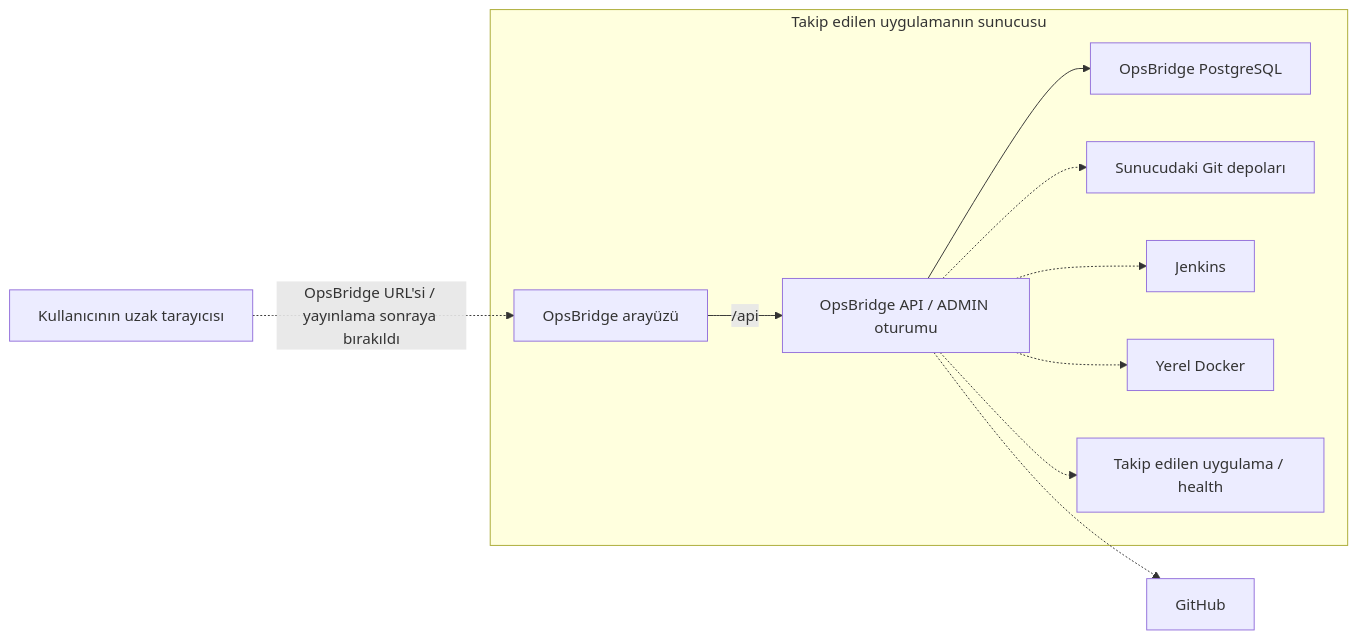
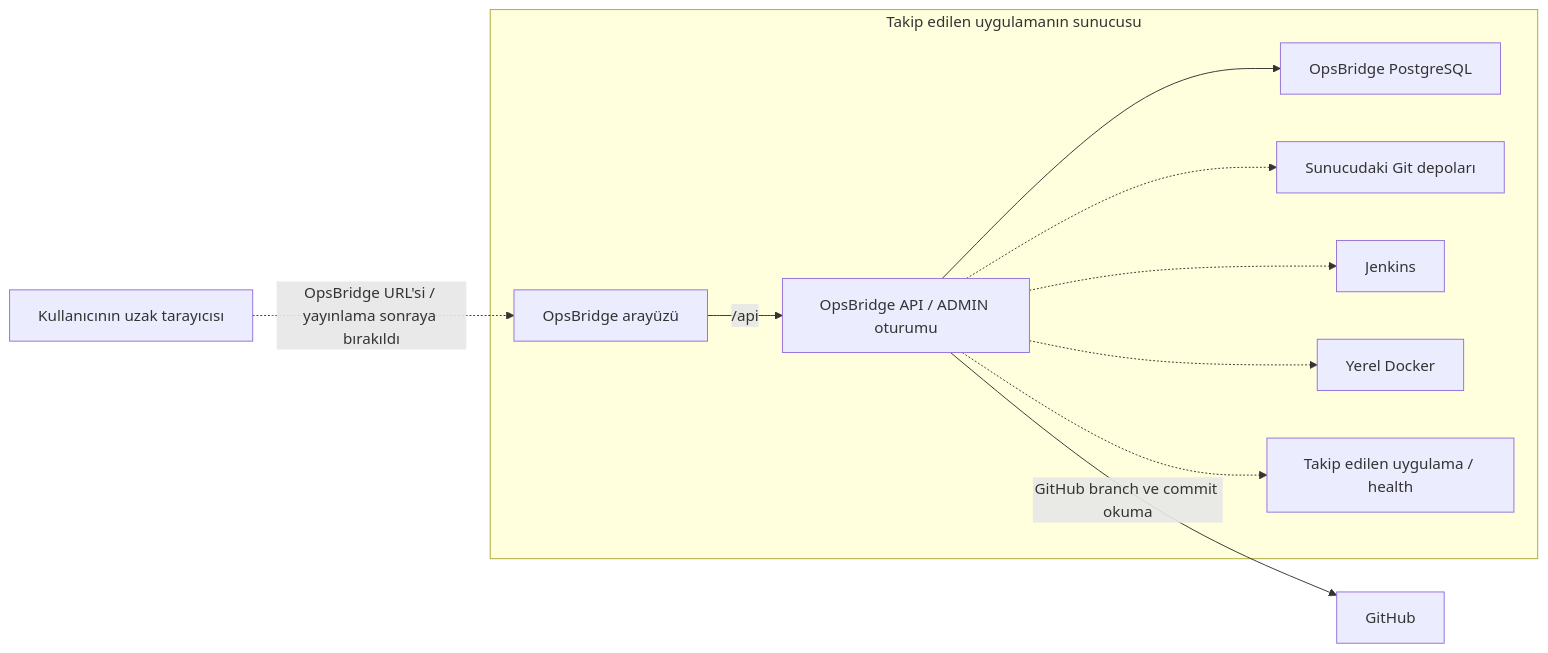
Before and after one commit to yhcanbay/OpsBridge: the diagram in docs/ARCHITECTURE.md, drawn with Mermaid. The commit also changed other lines of this file and 31 other files, not shown here.

Commit message:
commit ve branch geçmişi git api aracılığı ile alınması eklendi

````diff
--- a/docs/ARCHITECTURE.md
+++ b/docs/ARCHITECTURE.md
@@ -19,25 +19,25 @@
 ```mermaid
 flowchart LR
     browser["Kullanıcının uzak tarayıcısı"]
     github["GitHub"]
 
     subgraph server["Takip edilen uygulamanın sunucusu"]
         ui["OpsBridge arayüzü"]
         api["OpsBridge API / ADMIN oturumu"]
         db["OpsBridge PostgreSQL"]
         git["Sunucudaki Git depoları"]
         jenkins["Jenkins"]
         docker["Yerel Docker"]
         application["Takip edilen uygulama / health"]
 
         ui -->|"/api"| api
         api --> db
         api -.-> git
         api -.-> jenkins
         api -.-> docker
         api -.-> application
     end
 
     browser -.->|"OpsBridge URL'si / yayınlama sonraya bırakıldı"| ui
-    api -.-> github
+    api -->|"GitHub branch ve commit okuma"| github
 ```
````
